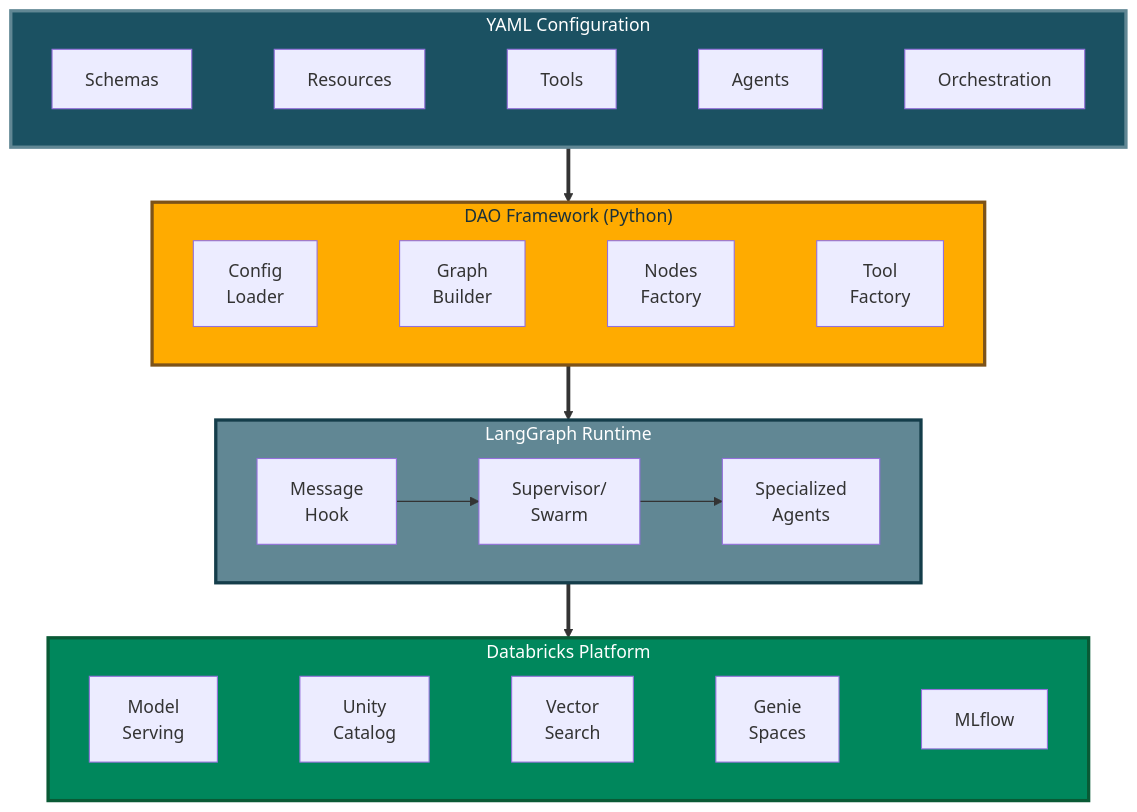
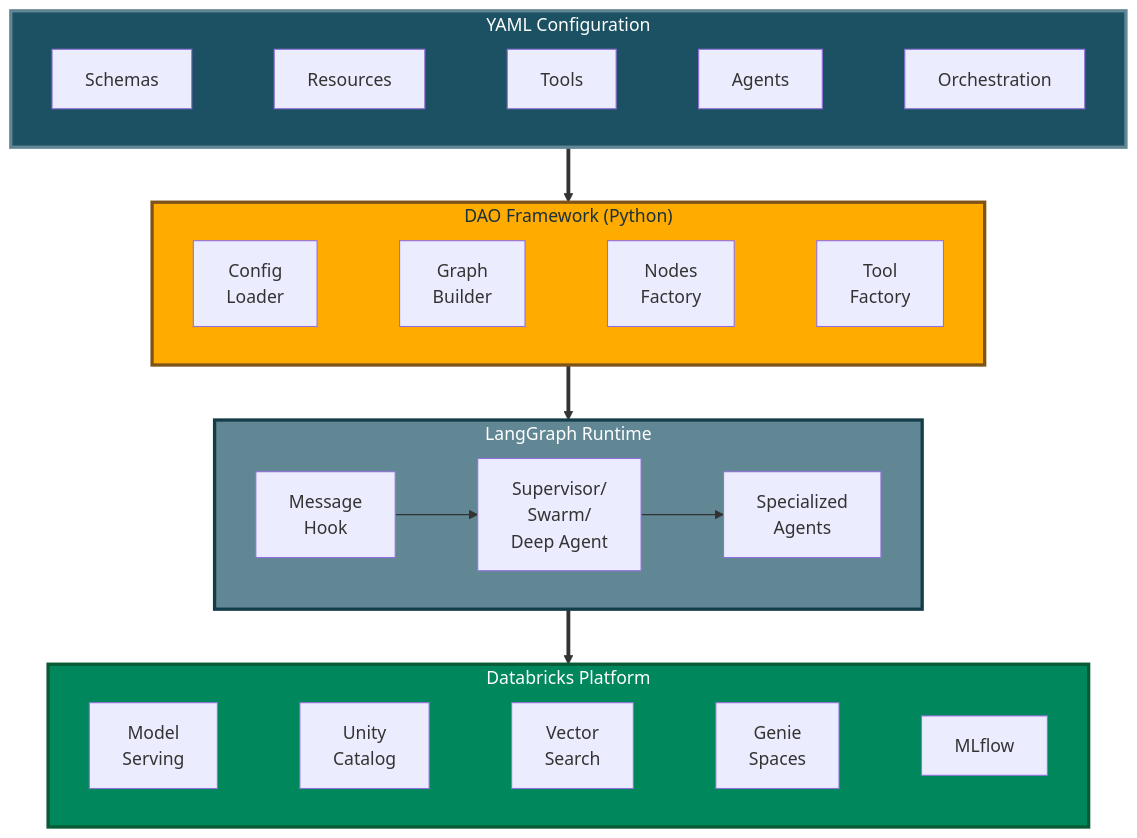
The diagram in README.md (natefleming/retail-ai), drawn with Mermaid before and after one commit. The commit also changed other lines of this file and 84 other files, not shown here.

First line of the commit message:
Deep Agent orchestration + config parameterization + brick_store companion

````diff
--- a/README.md
+++ b/README.md
@@ -317,31 +318,31 @@
 ```mermaid
 graph TB
     subgraph yaml["YAML Configuration"]
         direction LR
         schemas[Schemas] ~~~ resources[Resources] ~~~ tools[Tools] ~~~ agents[Agents] ~~~ orchestration[Orchestration]
     end
     
     subgraph dao["DAO Framework (Python)"]
         direction LR
         config[Config<br/>Loader] ~~~ graph_builder[Graph<br/>Builder] ~~~ nodes[Nodes<br/>Factory] ~~~ tool_factory[Tool<br/>Factory]
     end
     
     subgraph langgraph["LangGraph Runtime"]
         direction LR
-        msg_hook[Message<br/>Hook] --> supervisor[Supervisor/<br/>Swarm] --> specialized[Specialized<br/>Agents]
+        msg_hook[Message<br/>Hook] --> supervisor[Supervisor/<br/>Swarm/<br/>Deep Agent] --> specialized[Specialized<br/>Agents]
     end
     
     subgraph databricks["Databricks Platform"]
         direction LR
         model_serving[Model<br/>Serving] ~~~ unity_catalog[Unity<br/>Catalog] ~~~ vector_search[Vector<br/>Search] ~~~ genie_spaces[Genie<br/>Spaces] ~~~ mlflow[MLflow]
     end
     
     yaml ==> dao
     dao ==> langgraph
     langgraph ==> databricks
     
     style yaml fill:#1B5162,stroke:#618794,stroke-width:3px,color:#fff
     style dao fill:#FFAB00,stroke:#7D5319,stroke-width:3px,color:#1B3139
     style langgraph fill:#618794,stroke:#143D4A,stroke-width:3px,color:#fff
     style databricks fill:#00875C,stroke:#095A35,stroke-width:3px,color:#fff
 ```
````
